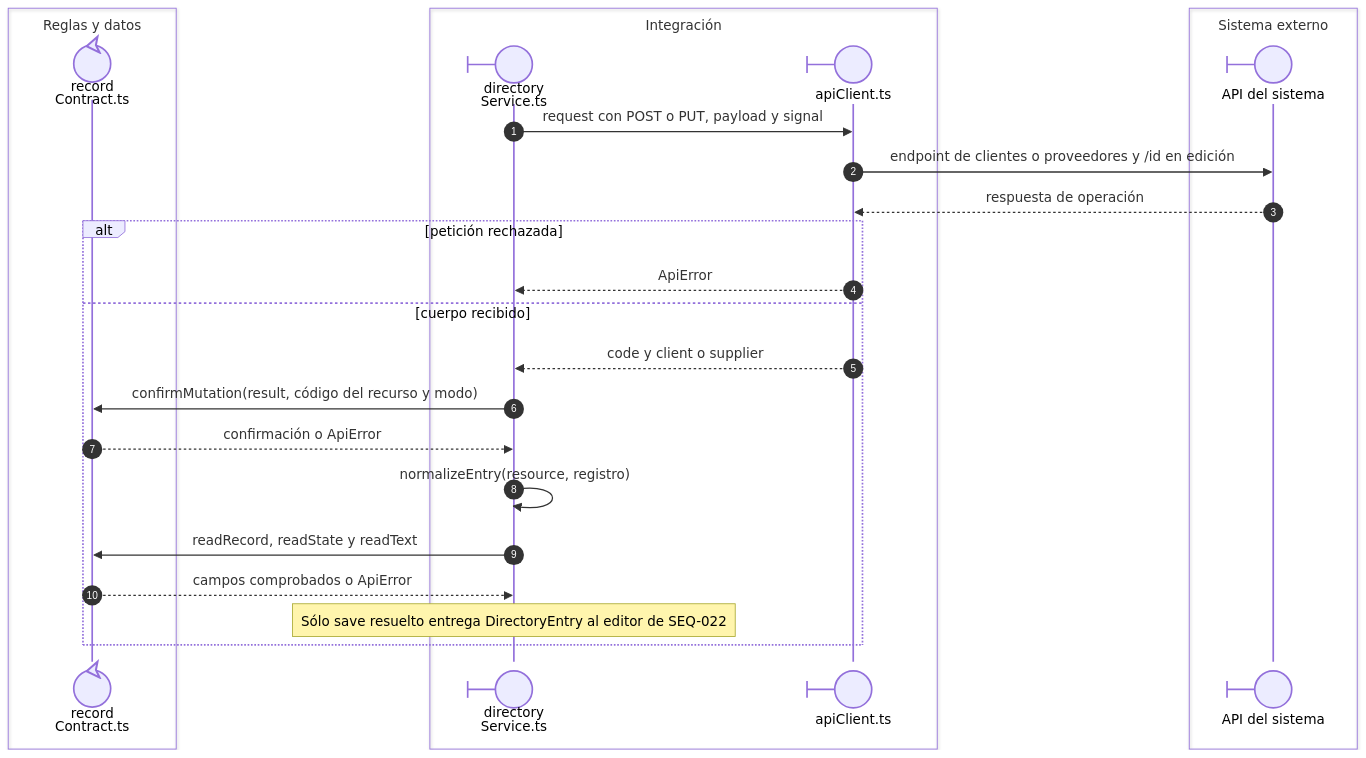
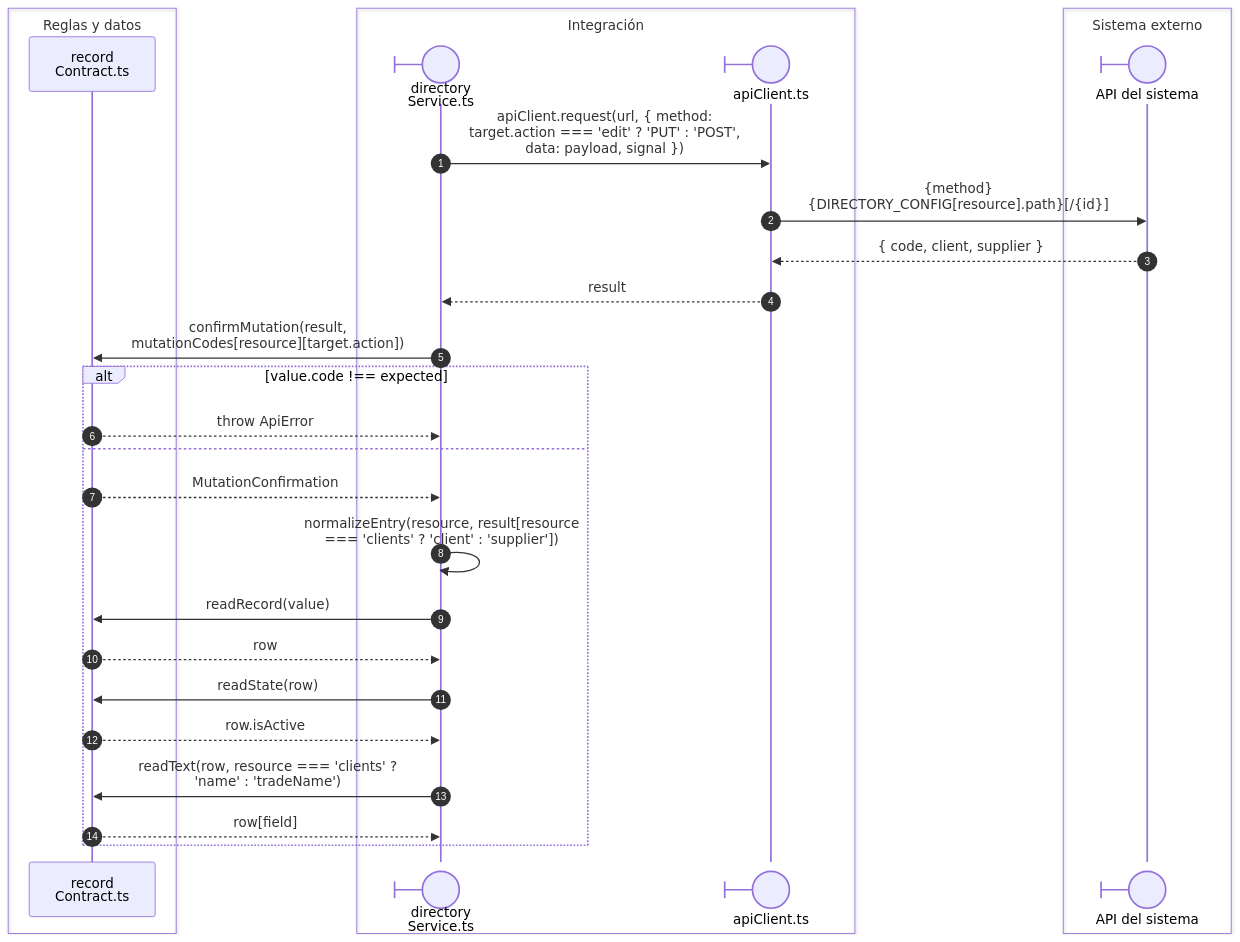
Before and after one commit to gpgsistemas01/nexus: the second of 2 diagrams in front/docs/architecture/views/processes/03-catalogs-and-directory/02-directory-save.md, drawn with Mermaid. The commit also changed other lines of this file and 43 other files, not shown here.

````diff
--- a/front/docs/architecture/views/processes/03-catalogs-and-directory/02-directory-save.md
+++ b/front/docs/architecture/views/processes/03-catalogs-and-directory/02-directory-save.md
@@ -71,28 +50,31 @@
 ```mermaid
 sequenceDiagram
     autonumber
     box Reglas y datos
-    participant Contract@{ "type": "control" } as record<br/>Contract.ts
+    participant Contract as record<br/>Contract.ts
     end
     box Integración
     participant Service@{ "type": "boundary" } as directory<br/>Service.ts
     participant HTTP@{ "type": "boundary" } as apiClient.ts
     end
     box Sistema externo
     participant API@{ "type": "boundary" } as API del sistema
     end
-    Service->>HTTP: request con POST o PUT, payload y signal
-    HTTP->>API: endpoint de clientes o proveedores y /id en edición
-    API-->>HTTP: respuesta de operación
-    alt petición rechazada
-        HTTP-->>Service: ApiError
-    else cuerpo recibido
-        HTTP-->>Service: code y client o supplier
-        Service->>Contract: confirmMutation(result, código del recurso y modo)
-        Contract-->>Service: confirmación o ApiError
-        Service->>Service: normalizeEntry(resource, registro)
-        Service->>Contract: readRecord, readState y readText
-        Contract-->>Service: campos comprobados o ApiError
-        Note over Service: Sólo save resuelto entrega DirectoryEntry al editor de SEQ-022
+    Service->>HTTP: nowrap: apiClient.request(url, { method:<br/>target.action === 'edit' ? 'PUT' : 'POST',<br/>data: payload, signal })
+    HTTP->>API: nowrap: {method}<br/>{DIRECTORY_CONFIG[resource].path}[/{id}]
+    API-->>HTTP: nowrap: { code, client, supplier }
+    HTTP-->>Service: nowrap: result
+    Service->>Contract: nowrap: confirmMutation(result,<br/>mutationCodes[resource][target.action])
+    alt nowrap: value.code !== expected
+        Contract-->>Service: nowrap: throw ApiError
+    else
+        Contract-->>Service: nowrap: MutationConfirmation
+        Service->>Service: nowrap: normalizeEntry(resource, result[resource<br/>=== 'clients' ? 'client' : 'supplier'])
+        Service->>Contract: nowrap: readRecord(value)
+        Contract-->>Service: nowrap: row
+        Service->>Contract: nowrap: readState(row)
+        Contract-->>Service: nowrap: row.isActive
+        Service->>Contract: nowrap: readText(row, resource === 'clients' ?<br/>'name' : 'tradeName')
+        Contract-->>Service: nowrap: row[field]
     end
 ```
````
